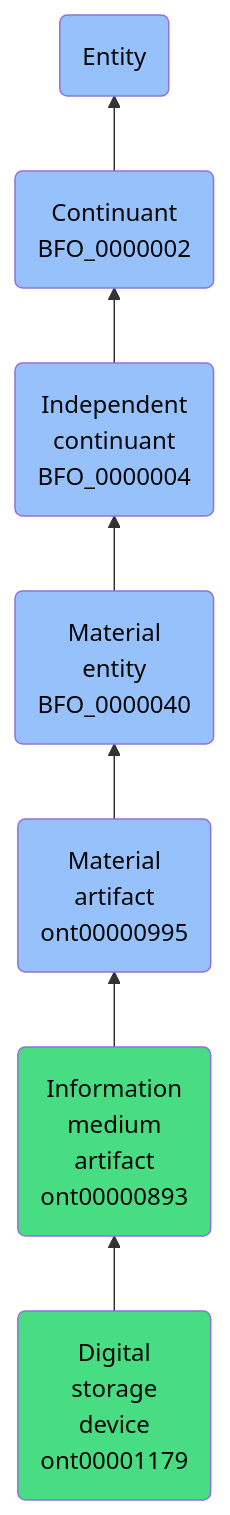
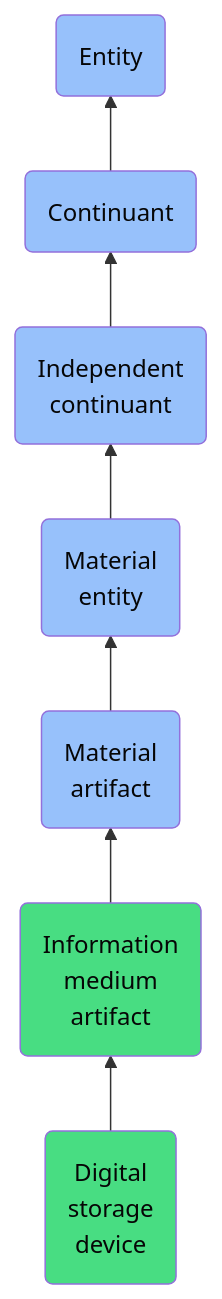
The diagram in docs/ontology/reference/model/Entity/Continuant/Independent continuant/Material entity/Material artifact/Information medium artifact/Digital storage device/Digital storage device.md (jupyter-naas/abi), drawn with Mermaid before and after one commit. The commit also changed other lines of this file and 1430 other files, not shown here.

````diff
--- a/docs/ontology/reference/model/Entity/Continuant/Independent continuant/Material entity/Material artifact/Information medium artifact/Digital storage device/Digital storage device.md
+++ b/docs/ontology/reference/model/Entity/Continuant/Independent continuant/Material entity/Material artifact/Information medium artifact/Digital storage device/Digital storage device.md
@@ -25,14 +25,14 @@
 ```mermaid
 graph BT
-    ont00001179(Digital<br>storage<br>device<br>ont00001179):::ABI-->ont00000893
-    ont00000893(Information<br>medium<br>artifact<br>ont00000893):::ABI-->ont00000995
-    ont00000995(Material<br>artifact<br>ont00000995):::BFO-->BFO_0000040
-    BFO_0000040(Material<br>entity<br>BFO_0000040):::BFO-->BFO_0000004
-    BFO_0000004(Independent<br>continuant<br>BFO_0000004):::BFO-->BFO_0000002
-    BFO_0000002(Continuant<br>BFO_0000002):::BFO-->BFO_0000001
+    ont00001179(Digital<br>storage<br>device):::ABI-->ont00000893
+    ont00000893(Information<br>medium<br>artifact):::ABI-->ont00000995
+    ont00000995(Material<br>artifact):::BFO-->BFO_0000040
+    BFO_0000040(Material<br>entity):::BFO-->BFO_0000004
+    BFO_0000004(Independent<br>continuant):::BFO-->BFO_0000002
+    BFO_0000002(Continuant):::BFO-->BFO_0000001
     BFO_0000001(Entity):::BFO
     
     classDef BFO fill:#97c1fb,color:#060606
     classDef CCO fill:#e4c51e,color:#060606
     classDef ABI fill:#48DD82,color:#060606
 ```
````
